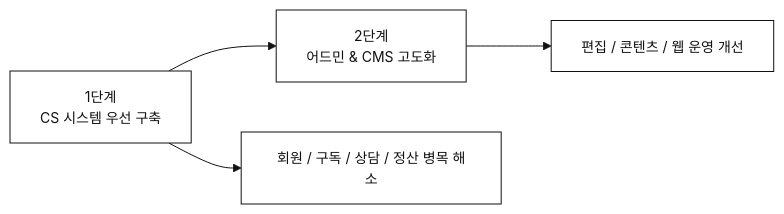
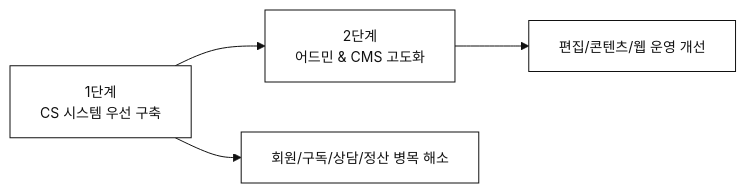
Before and after one commit to sknkwoxs/manual-book: the diagram in src/content/docs/goodthinking-isp/00-clinet_document/diagrams/goodthinking-phased-strategy.mmd, drawn with Mermaid. The commit also changed 11 other files, not shown here.

```diff
--- a/src/content/docs/goodthinking-isp/00-clinet_document/diagrams/goodthinking-phased-strategy.mmd
+++ b/src/content/docs/goodthinking-isp/00-clinet_document/diagrams/goodthinking-phased-strategy.mmd
@@ -1,5 +1,5 @@
 %%{init: {'theme':'base','themeVariables': {'fontFamily':'Noto Sans KR, Pretendard, sans-serif','fontSize':'14px','primaryColor':'#FFFFFF','primaryTextColor':'#111111','primaryBorderColor':'#111111','lineColor':'#111111','tertiaryColor':'#FFFFFF'}}}%%
 flowchart LR
     P1[1단계\nCS 시스템 우선 구축] --> P2[2단계\n어드민 & CMS 고도화]
-    P1 --> A[회원 / 구독 / 상담 / 정산 병목 해소]
-    P2 --> B[편집 / 콘텐츠 / 웹 운영 개선]
+    P1 --> A[회원/구독/상담/정산 병목 해소]
+    P2 --> B[편집/콘텐츠/웹 운영 개선]
```
